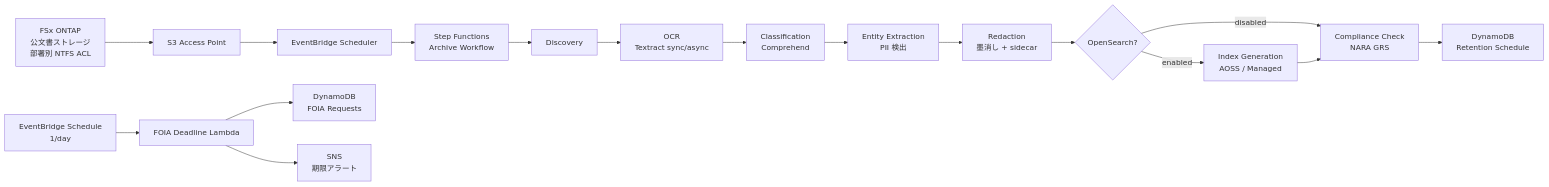
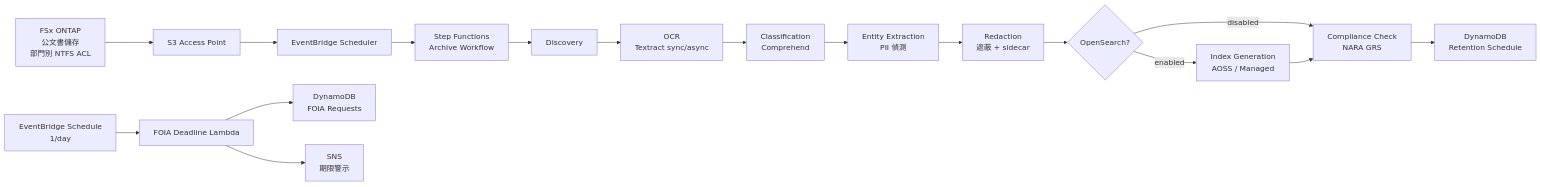
The diagram in government-archives/docs/architecture.zh-TW.md (Yoshiki0705/FSx-for-ONTAP-S3AccessPoints-Serverless-Patterns), drawn with Mermaid before and after one commit. The commit also changed other lines of this file and 13 other files, not shown here.

````diff
--- a/government-archives/docs/architecture.zh-TW.md
+++ b/government-archives/docs/architecture.zh-TW.md
@@ -15,20 +15,20 @@
 ```mermaid
 graph LR
-    FSx[FSx ONTAP<br/>公文書ストレージ<br/>部署別 NTFS ACL] --> S3AP[S3 Access Point]
+    FSx[FSx ONTAP<br/>公文書儲存<br/>部門別 NTFS ACL] --> S3AP[S3 Access Point]
     S3AP --> EB[EventBridge Scheduler]
     EB --> SFN[Step Functions<br/>Archive Workflow]
     SFN --> L1[Discovery]
     L1 --> L2[OCR<br/>Textract sync/async]
     L2 --> L3[Classification<br/>Comprehend]
-    L3 --> L4[Entity Extraction<br/>PII 検出]
-    L4 --> L5[Redaction<br/>墨消し + sidecar]
+    L3 --> L4[Entity Extraction<br/>PII 偵測]
+    L4 --> L5[Redaction<br/>遮蔽 + sidecar]
     L5 --> C{OpenSearch?}
     C -->|enabled| L6[Index Generation<br/>AOSS / Managed]
     C -->|disabled| L7
     L6 --> L7[Compliance Check<br/>NARA GRS]
     L7 --> DDB[DynamoDB<br/>Retention Schedule]
 
     FD[EventBridge Schedule<br/>1/day] --> FL[FOIA Deadline Lambda]
     FL --> FDB[DynamoDB<br/>FOIA Requests]
-    FL --> SNS[SNS<br/>期限アラート]
+    FL --> SNS[SNS<br/>期限警示]
 ```
````
